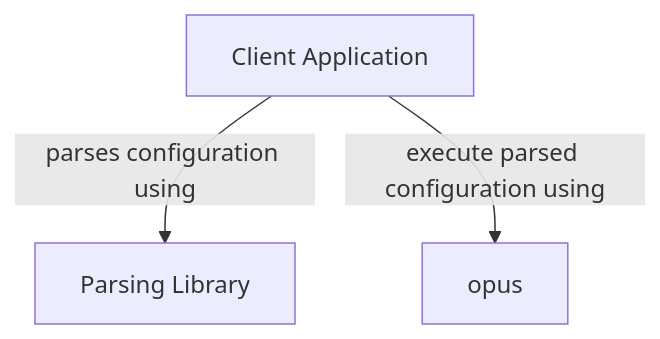
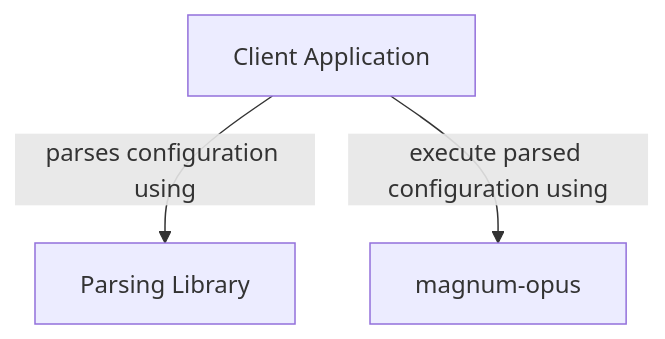
Before and after one commit to nicc777/magnum-opus: the diagram in README.md, drawn with Mermaid. The commit also changed other lines of this file and 6 other files, not shown here.

````diff
--- a/README.md
+++ b/README.md
@@ -24,5 +31,5 @@
 ```mermaid
 graph TD
     A[Client Application] -- parses configuration using --> B[Parsing Library]
-    A -- execute parsed configuration using --> C[opus]
+    A -- execute parsed configuration using --> C[magnum-opus]
 ```
````
